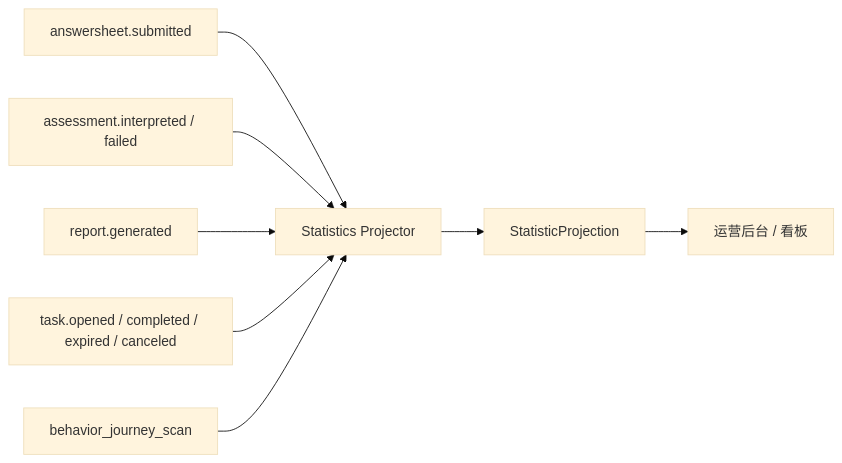
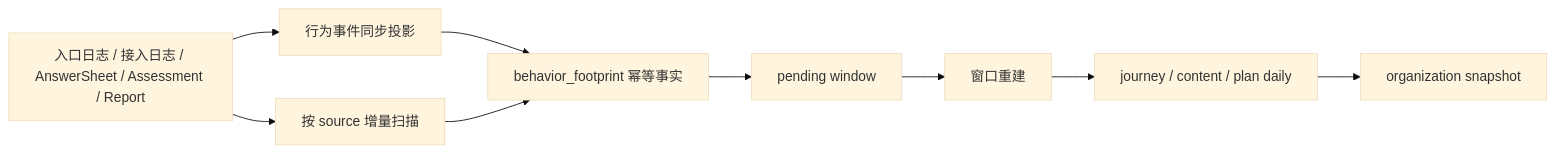
The diagram in docs/02-业务模块/70-statistics/04-事件投影链路.md (FangcunMount/qs-server), drawn with Mermaid (base theme) before and after one commit. The commit also changed other lines of this file and 101 other files, not shown here.

````diff
--- a/docs/02-业务模块/70-statistics/04-事件投影链路.md
+++ b/docs/02-业务模块/70-statistics/04-事件投影链路.md
@@ -11,18 +5,15 @@
 ```mermaid
 flowchart LR
-    Survey["answersheet.submitted"]
-    Evaluation["assessment.interpreted / failed"]
-    Report["report.generated"]
-    Plan["task.opened / completed / expired / canceled"]
-    Scan["behavior_journey_scan"]
-    Projector["Statistics Projector"]
-    Projection["StatisticProjection"]
-    Query["运营后台 / 看板"]
+    Facts["入口日志 / 接入日志 / AnswerSheet / Assessment / Report"]
+    Sync["行为事件同步投影"]
+    Scan["按 source 增量扫描"]
+    Footprint["behavior_footprint 幂等事实"]
+    Pending["pending window"]
+    Rebuild["窗口重建"]
+    Daily["journey / content / plan daily"]
+    Snapshot["organization snapshot"]
 
-    Survey --> Projector
-    Evaluation --> Projector
-    Report --> Projector
-    Plan --> Projector
-    Scan --> Projector
-    Projector --> Projection --> Query
+    Facts --> Sync --> Footprint
+    Facts --> Scan --> Footprint
+    Footprint --> Pending --> Rebuild --> Daily --> Snapshot
 ```
````
